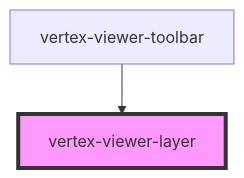
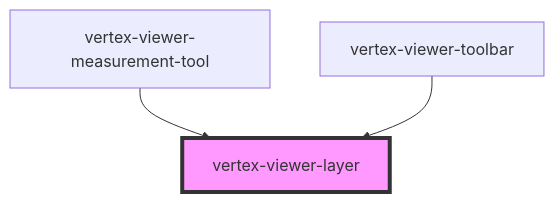
Before and after one commit to Vertexvis/vertex-web-sdk: the diagram in packages/viewer/src/components/viewer-layer/readme.md, drawn with Mermaid. The commit also changed other lines of this file and 40 other files, not shown here.

````diff
--- a/packages/viewer/src/components/viewer-layer/readme.md
+++ b/packages/viewer/src/components/viewer-layer/readme.md
@@ -41,5 +50,6 @@
 ```mermaid
 graph TD;
+  vertex-viewer-measurement-tool --> vertex-viewer-layer
   vertex-viewer-toolbar --> vertex-viewer-layer
   style vertex-viewer-layer fill:#f9f,stroke:#333,stroke-width:4px
 ```
````
